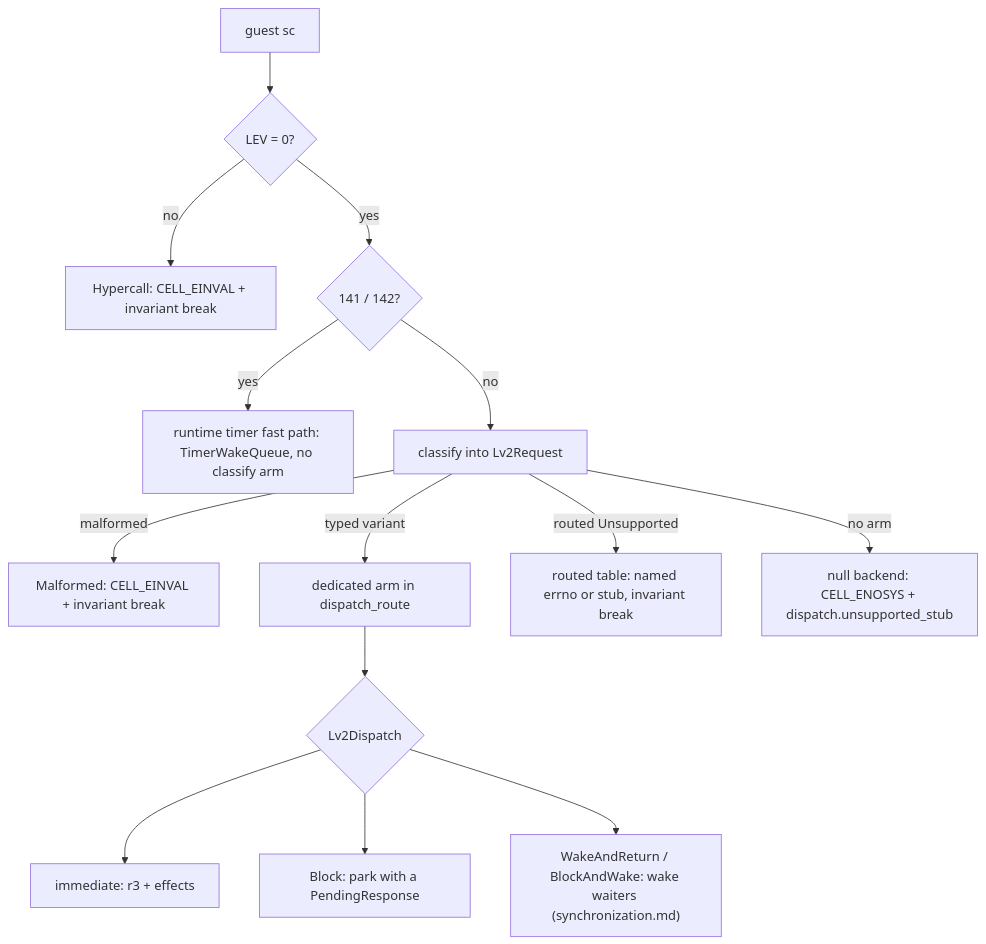
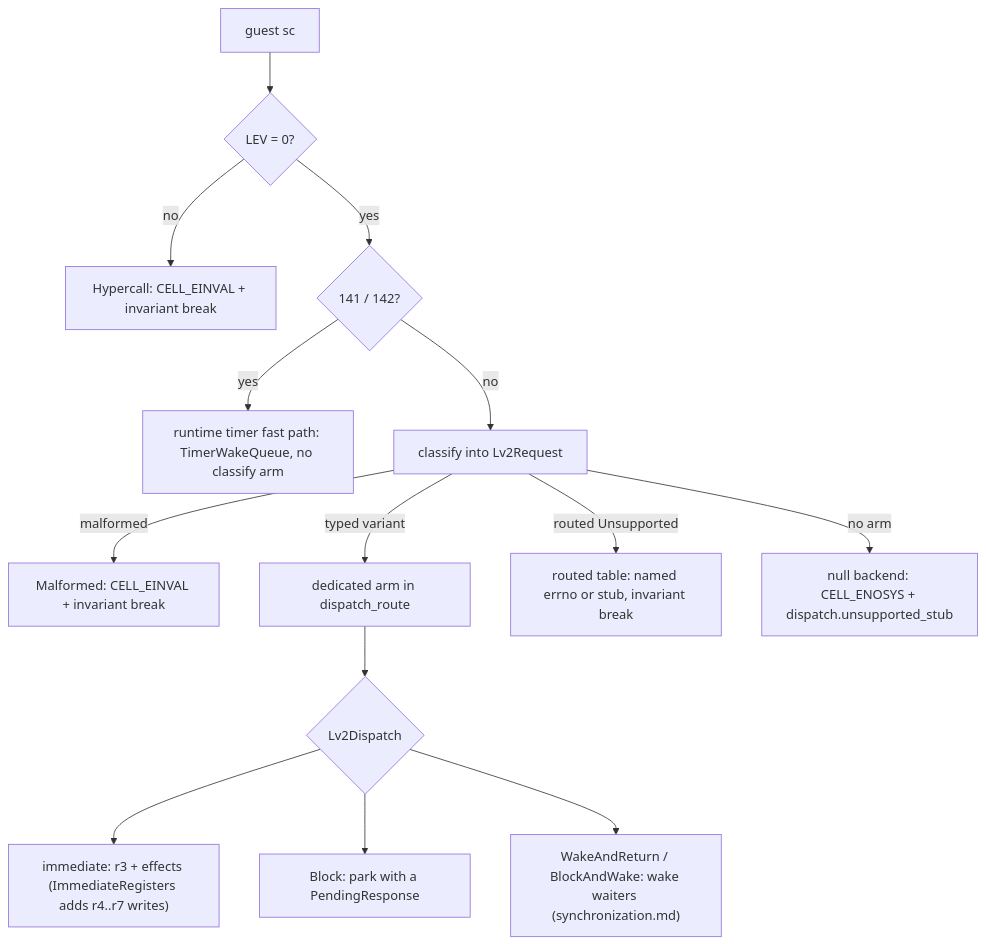
One commit to RoyalAce22/CellGov changed the first of 4 diagrams in docs/architecture/lv2_host.md. Above: the diagram before and after it, drawn with Mermaid. The commit also changed other lines of this file and 73 other files, not shown here.

````diff
--- a/docs/architecture/lv2_host.md
+++ b/docs/architecture/lv2_host.md
@@ -24,16 +24,16 @@
 ```mermaid
 flowchart TD
   sc["guest sc"] --> lev{"LEV = 0?"}
   lev -->|no| hyp["Hypercall: CELL_EINVAL + invariant break"]
   lev -->|yes| timer{"141 / 142?"}
   timer -->|yes| fast["runtime timer fast path: TimerWakeQueue, no classify arm"]
   timer -->|no| classify["classify into Lv2Request"]
   classify -->|malformed| mal["Malformed: CELL_EINVAL + invariant break"]
   classify -->|typed variant| arm["dedicated arm in dispatch_route"]
   classify -->|routed Unsupported| routed["routed table: named errno or stub, invariant break"]
   classify -->|no arm| null["null backend: CELL_ENOSYS + dispatch.unsupported_stub"]
   arm --> disp{"Lv2Dispatch"}
-  disp --> imm["immediate: r3 + effects"]
+  disp --> imm["immediate: r3 + effects (ImmediateRegisters adds r4..r7 writes)"]
   disp --> blk["Block: park with a PendingResponse"]
   disp --> wk["WakeAndReturn / BlockAndWake: wake waiters (synchronization.md)"]
 ```
````
